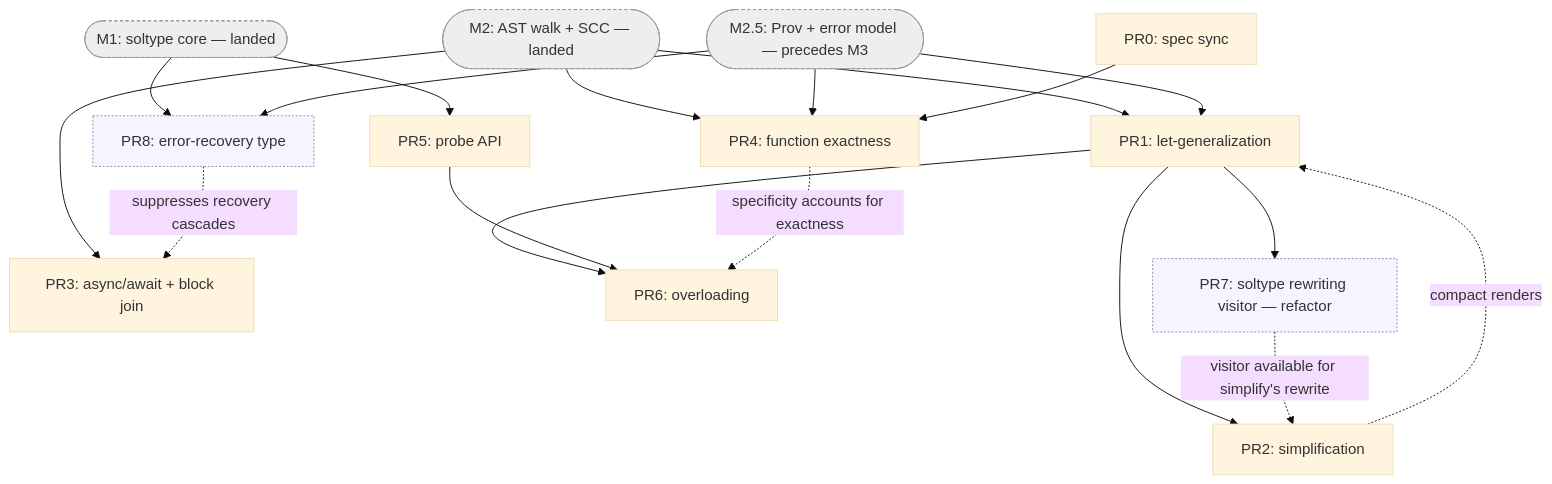
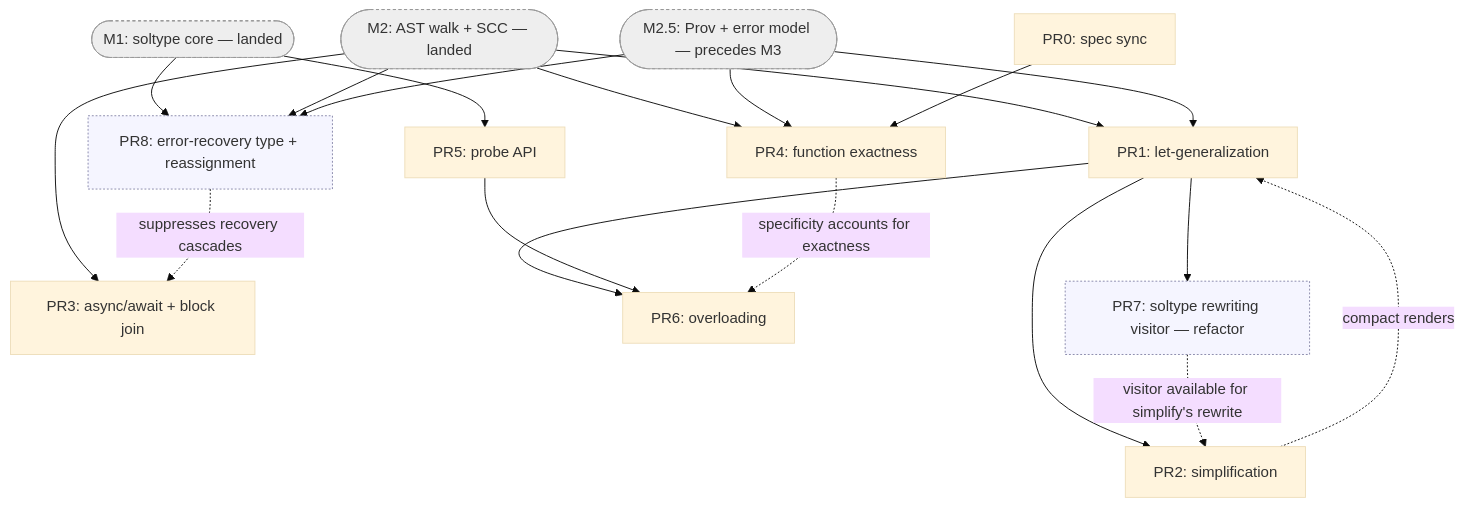
Before and after one commit to escalier-lang/escalier: the diagram in planning/simple_sub/m3-implementation-plan.md, drawn with Mermaid (base theme). The commit also changed other lines of this file and 6 other files, not shown here.

````diff
--- a/planning/simple_sub/m3-implementation-plan.md
+++ b/planning/simple_sub/m3-implementation-plan.md
@@ -119,38 +121,39 @@
 ```mermaid
 flowchart TD
     M1([M1: soltype core — landed]):::prereq
     M2([M2: AST walk + SCC — landed]):::prereq
     M25([M2.5: Prov + error model — precedes M3]):::prereq
 
     PR0[PR0: spec sync]
     PR1[PR1: let-generalization]
     PR2[PR2: simplification]
     PR3[PR3: async/await + block join]
     PR4[PR4: function exactness]
     PR5[PR5: probe API]
     PR6[PR6: overloading]
     PR7[PR7: soltype rewriting visitor — refactor]
-    PR8[PR8: error-recovery type]
+    PR8[PR8: error-recovery type + reassignment]
 
     M2 --> PR1
     M25 --> PR1
     M2 --> PR3
     M2 --> PR4
     M25 --> PR4
     M1 --> PR5
     M1 --> PR8
+    M2 --> PR8
     M25 --> PR8
     PR0 --> PR4
     PR1 --> PR2
     PR1 --> PR6
     PR5 --> PR6
     PR1 --> PR7
     PR2 -. compact renders .-> PR1
     PR4 -. specificity accounts for exactness .-> PR6
     PR7 -. visitor available for simplify's rewrite .-> PR2
     PR8 -. suppresses recovery cascades .-> PR3
 
     classDef prereq fill:#eee,stroke:#999,stroke-dasharray:3 3;
     classDef refactor fill:#f5f5ff,stroke:#88a,stroke-dasharray:2 2;
     class PR7,PR8 refactor;
 ```
````
